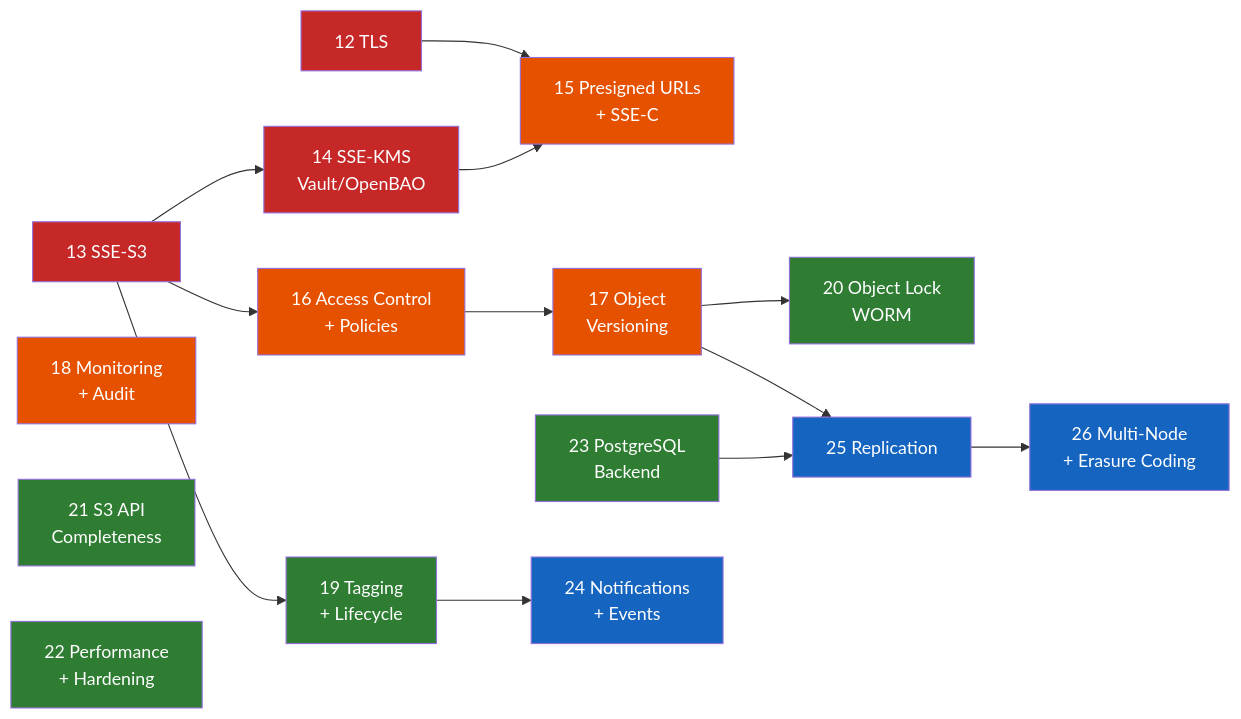
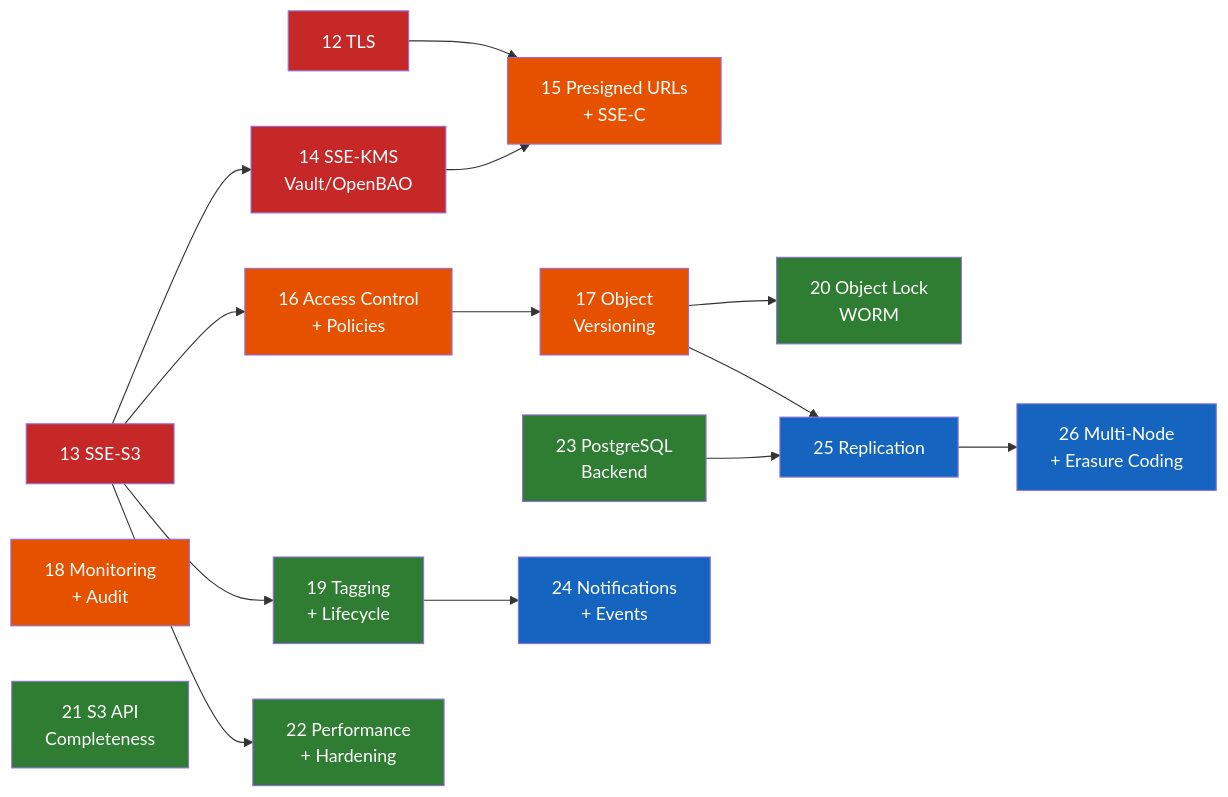
The diagram in documentation/docs/roadmap.md (dxc-technology/arca), drawn with Mermaid before and after one commit. The commit also changed other lines of this file and 59 other files, not shown here.

````diff
--- a/documentation/docs/roadmap.md
+++ b/documentation/docs/roadmap.md
@@ -52,34 +52,34 @@
 ```mermaid
 graph LR
     12["12 TLS"] --> 15["15 Presigned URLs\n+ SSE-C"]
     13["13 SSE-S3"] --> 14["14 SSE-KMS\nVault/OpenBAO"]
     14 --> 15
     13 --> 16["16 Access Control\n+ Policies"]
     13 --> 19["19 Tagging\n+ Lifecycle"]
     16 --> 17["17 Object\nVersioning"]
     17 --> 20["20 Object Lock\nWORM"]
     19 --> 24["24 Notifications\n+ Events"]
     17 --> 25["25 Replication"]
+    13 --> 22["22 Performance\n+ Hardening"]
     23["23 PostgreSQL\nBackend"] --> 25
     25 --> 26["26 Multi-Node\n+ Erasure Coding"]
 
     style 12 fill:#c62828,color:#fff
     style 13 fill:#c62828,color:#fff
     style 14 fill:#c62828,color:#fff
     style 15 fill:#e65100,color:#fff
     style 16 fill:#e65100,color:#fff
     style 17 fill:#e65100,color:#fff
     style 18 fill:#e65100,color:#fff
     style 19 fill:#2e7d32,color:#fff
     style 20 fill:#2e7d32,color:#fff
     style 21 fill:#2e7d32,color:#fff
     style 22 fill:#2e7d32,color:#fff
     style 23 fill:#2e7d32,color:#fff
     style 24 fill:#1565c0,color:#fff
     style 25 fill:#1565c0,color:#fff
     style 26 fill:#1565c0,color:#fff
 
     18["18 Monitoring\n+ Audit"]
     21["21 S3 API\nCompleteness"]
-    22["22 Performance\n+ Hardening"]
 ```
````
